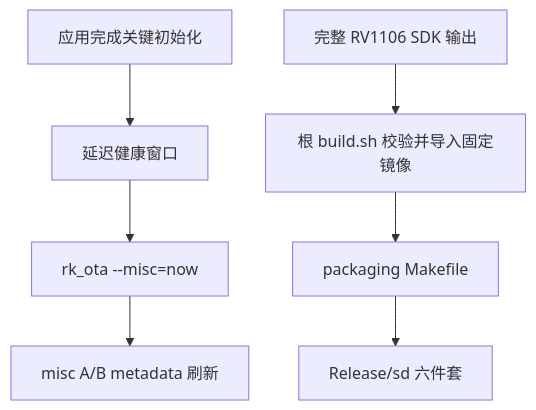
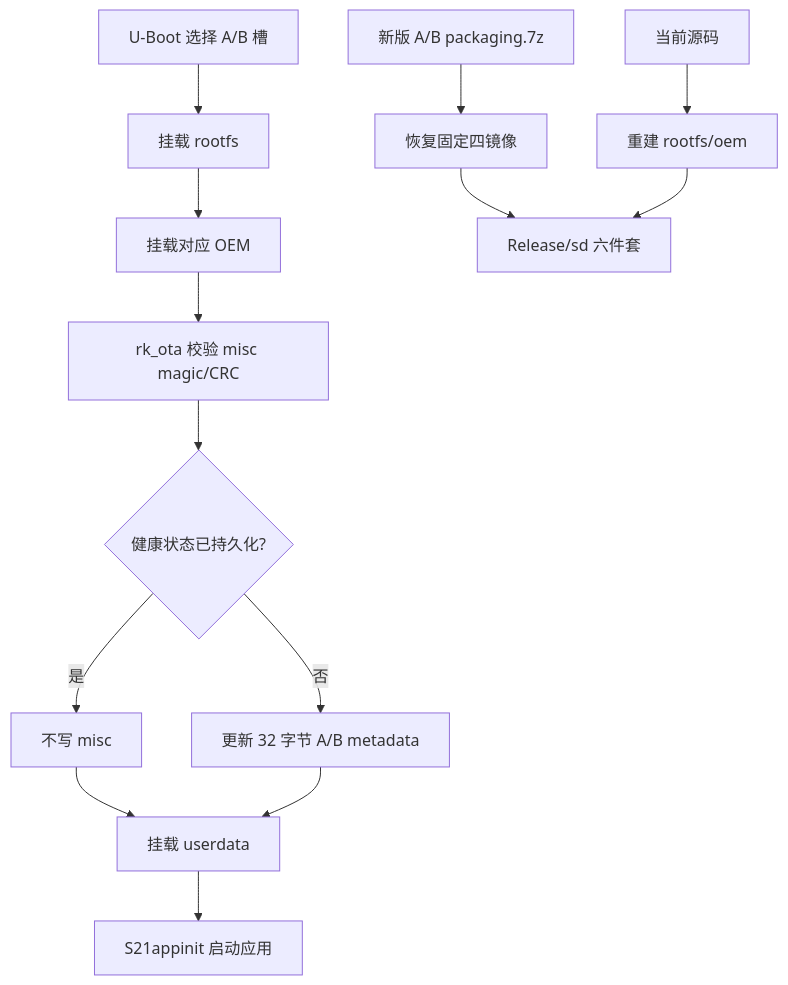
One commit to zidate/rk_gb changed the diagram in helloagents/history/2026-07/202607301819_ab_health_sd_delivery/how.md. Above: the diagram before and after it, drawn with Mermaid. The commit also changed other lines of this file and 19 other files, not shown here.

````diff
--- a/helloagents/history/2026-07/202607301819_ab_health_sd_delivery/how.md
+++ b/helloagents/history/2026-07/202607301819_ab_health_sd_delivery/how.md
@@ -24,9 +26,16 @@
 ```mermaid
 flowchart TD
-    A[应用完成关键初始化] --> B[延迟健康窗口]
-    B --> C[rk_ota --misc=now]
-    C --> D[misc A/B metadata 刷新]
-    E[完整 RV1106 SDK 输出] --> F[根 build.sh 校验并导入固定镜像]
-    F --> G[packaging Makefile]
-    G --> H[Release/sd 六件套]
+    A[U-Boot 选择 A/B 槽] --> B[挂载 rootfs]
+    B --> C[挂载对应 OEM]
+    C --> D[rk_ota 校验 misc magic/CRC]
+    D --> E{健康状态已持久化?}
+    E -->|是| F[不写 misc]
+    E -->|否| G[更新 32 字节 A/B metadata]
+    F --> H[挂载 userdata]
+    G --> H
+    H --> I[S21appinit 启动应用]
+    J[新版 A/B packaging.7z] --> K[恢复固定四镜像]
+    L[当前源码] --> M[重建 rootfs/oem]
+    K --> N[Release/sd 六件套]
+    M --> N
 ```
````
